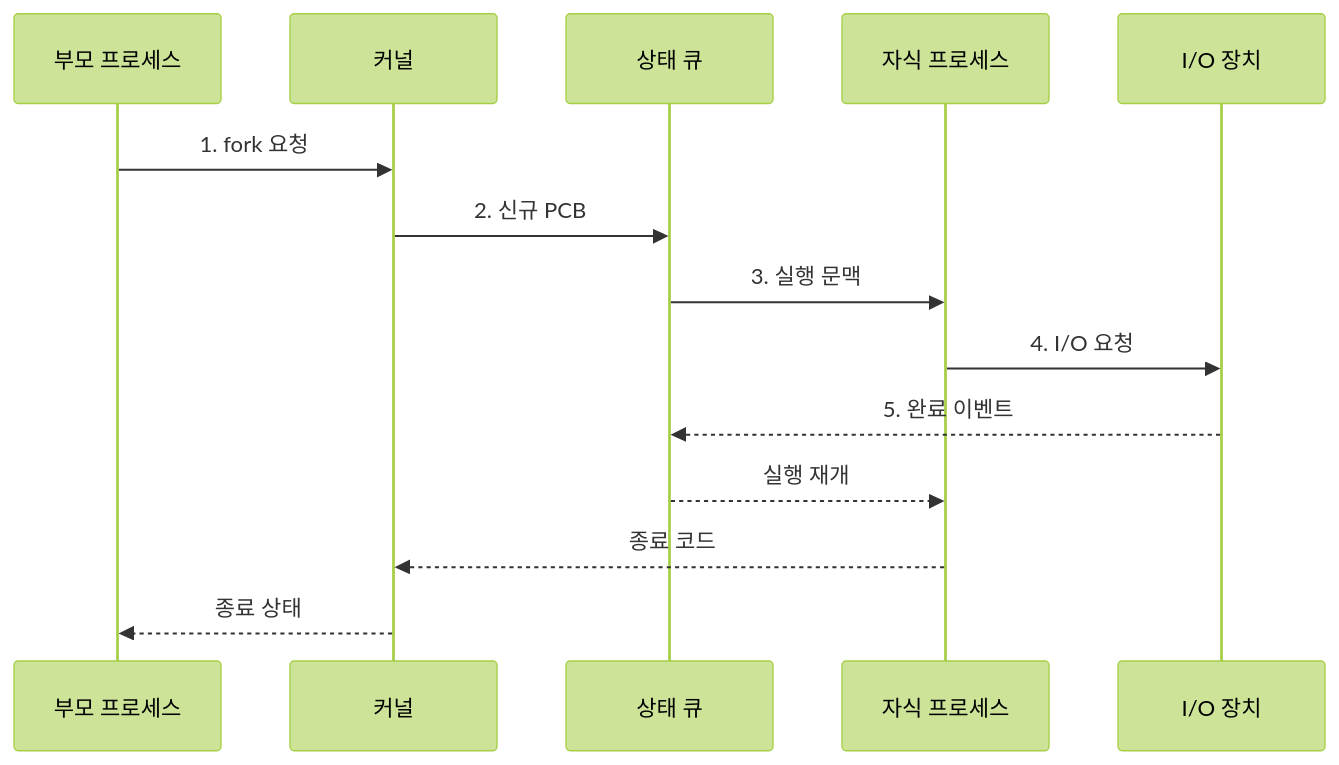
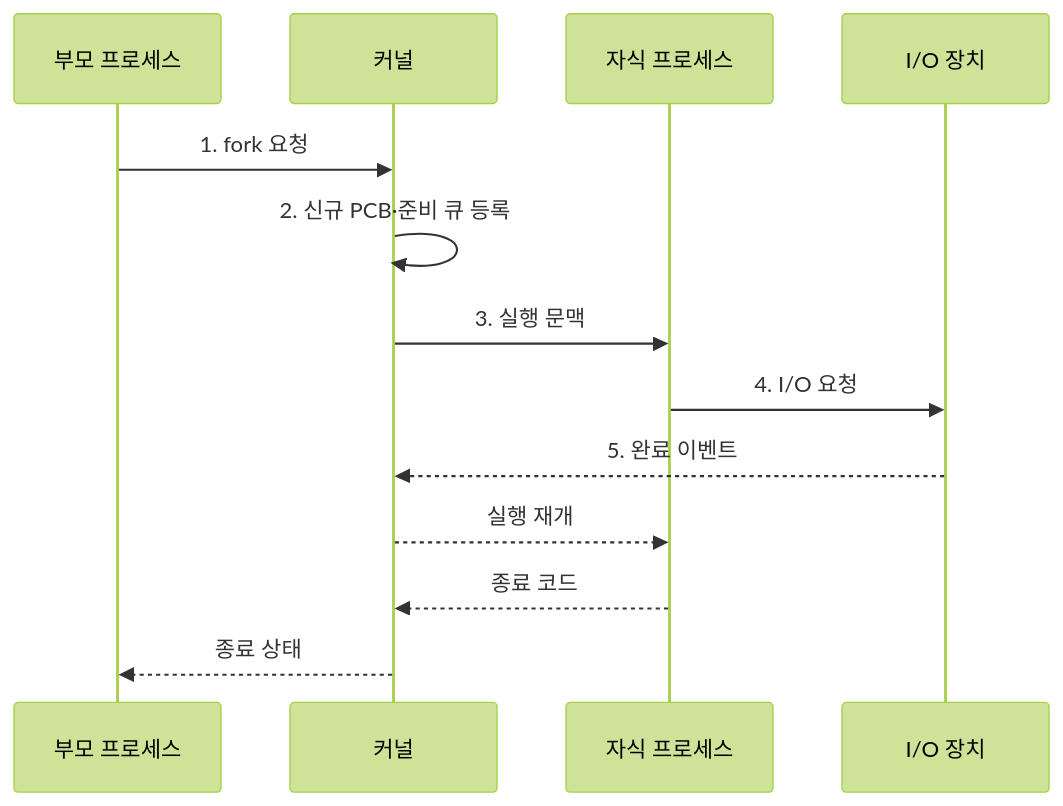
Before and after one commit to agnusdei1207/knowledge-base: the second of 2 diagrams in src/content/docs/notes/03-software/003_process_lifecycle.md, drawn with Mermaid (forest theme). The commit also changed other lines of this file and 9 other files, not shown here.

Commit message:
Simplify software execution diagrams

````diff
--- a/src/content/docs/notes/03-software/003_process_lifecycle.md
+++ b/src/content/docs/notes/03-software/003_process_lifecycle.md
@@ -107,16 +107,15 @@
 ```mermaid
 sequenceDiagram
     participant H as 부모 프로세스
     participant K as 커널
-    participant Q as 상태 큐
     participant C as 자식 프로세스
     participant D as I/O 장치
     H->>K: 1. fork 요청
-    K->>Q: 2. 신규 PCB
-    Q->>C: 3. 실행 문맥
+    K->>K: 2. 신규 PCB·준비 큐 등록
+    K->>C: 3. 실행 문맥
     C->>D: 4. I/O 요청
-    D-->>Q: 5. 완료 이벤트
-    Q-->>C: 실행 재개
+    D-->>K: 5. 완료 이벤트
+    K-->>C: 실행 재개
     C-->>K: 종료 코드
     K-->>H: 종료 상태
 ```
````
